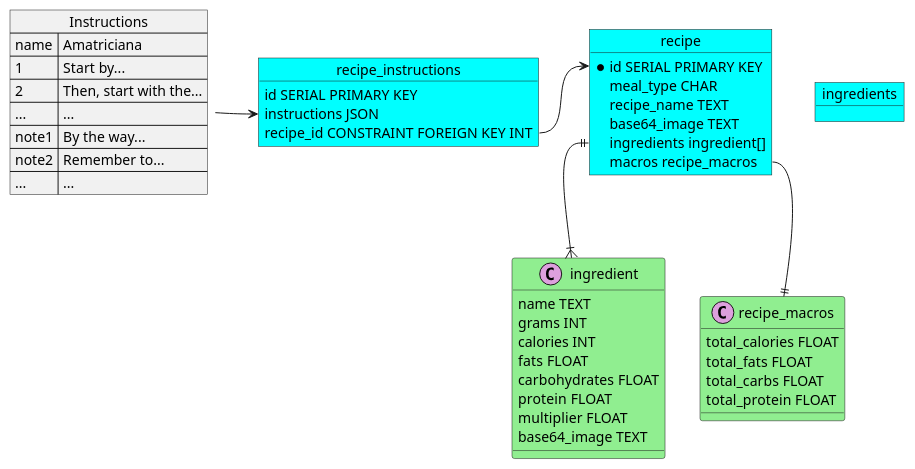
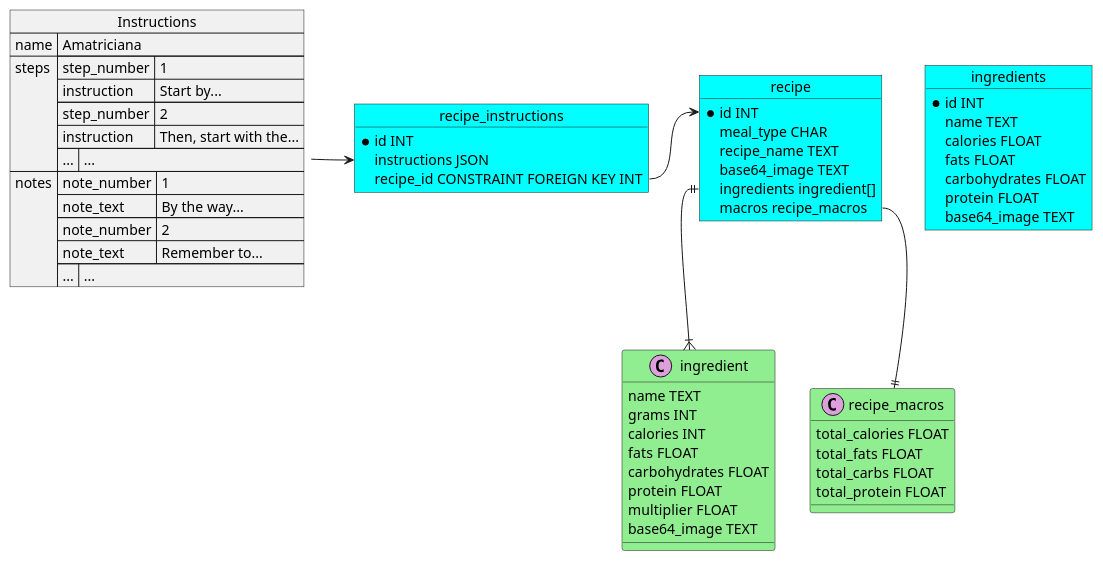
Before and after one commit to LegendsAndreas/kitchen-app: the first of 4 diagrams in DatabaseDiagram.puml, drawn with PlantUML. The commit also changed 5 other files, not shown here.

```diff
--- a/DatabaseDiagram.puml
+++ b/DatabaseDiagram.puml
@@ -1,68 +1,95 @@
 @startuml
 'DB Diagram
 skinparam class{
     BackgroundColor LightGreen
 }
 
 skinparam object{
     BackgroundColor Cyan
 }
 
 skinparam json{
-    BackgroundColor Orange
+    BackgroundColor LightGreen
 }
 
 object recipe {
-    * id SERIAL PRIMARY KEY
+    * id INT
     meal_type CHAR
     recipe_name TEXT
     base64_image TEXT
     ingredients ingredient[]
     macros recipe_macros
 }
 
 class ingredient <<(C,plum)>>{
     name TEXT
     grams INT
     calories INT
     fats FLOAT
     carbohydrates FLOAT
     protein FLOAT
     multiplier FLOAT
     base64_image TEXT
 }
 
 class recipe_macros <<(C,plum)>>{
     total_calories FLOAT
     total_fats FLOAT
     total_carbs FLOAT
     total_protein FLOAT
 }
 
 recipe::ingredient ||--|{ ingredient
 recipe::macros --|| recipe_macros
 
 object recipe_instructions{
-    id SERIAL PRIMARY KEY
+    * id INT
     instructions JSON
     recipe_id CONSTRAINT FOREIGN KEY INT
 }
 
 object ingredients{
-    
+    * id INT
+    name TEXT
+    calories FLOAT
+    fats FLOAT
+    carbohydrates FLOAT
+    protein FLOAT
+    base64_image TEXT
 }
 
 json Instructions{
     "name":"Amatriciana",
-    "1":"Start by...",
-    "2":"Then, start with the...",
-    "...":"...",
-    "note1":"By the way...",
-    "note2":"Remember to...",
-    "...":"..."
+    "steps": [
+    {
+        "step_number":1,
+        "instruction": "Start by..."
+    },
+    {
+        "step_number":2,
+        "instruction": "Then, start with the..."
+    },
+    {
+        "...":"..."
+    }
+    ],
+    
+    "notes": [
+    {
+        "note_number":1,
+        "note_text": "By the way..."
+    },
+    {
+        "note_number":2,
+        "note_text": "Remember to..."
+    },
+    {
+        "...":"..."
+    }
+    ]
 }
 
 recipe_instructions::recipe_id -> recipe::id
 Instructions -> recipe_instructions::instructions
 
 @enduml
```
